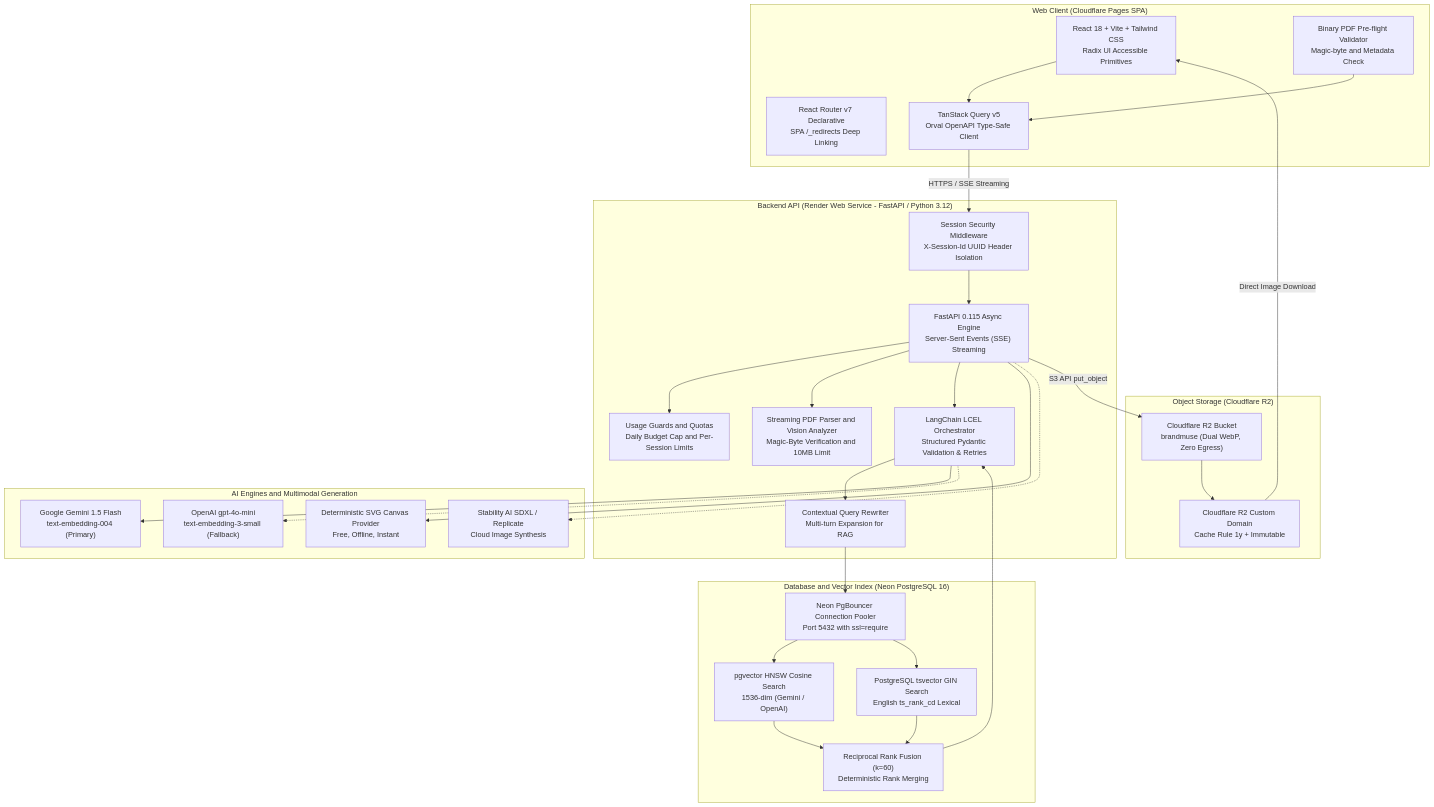
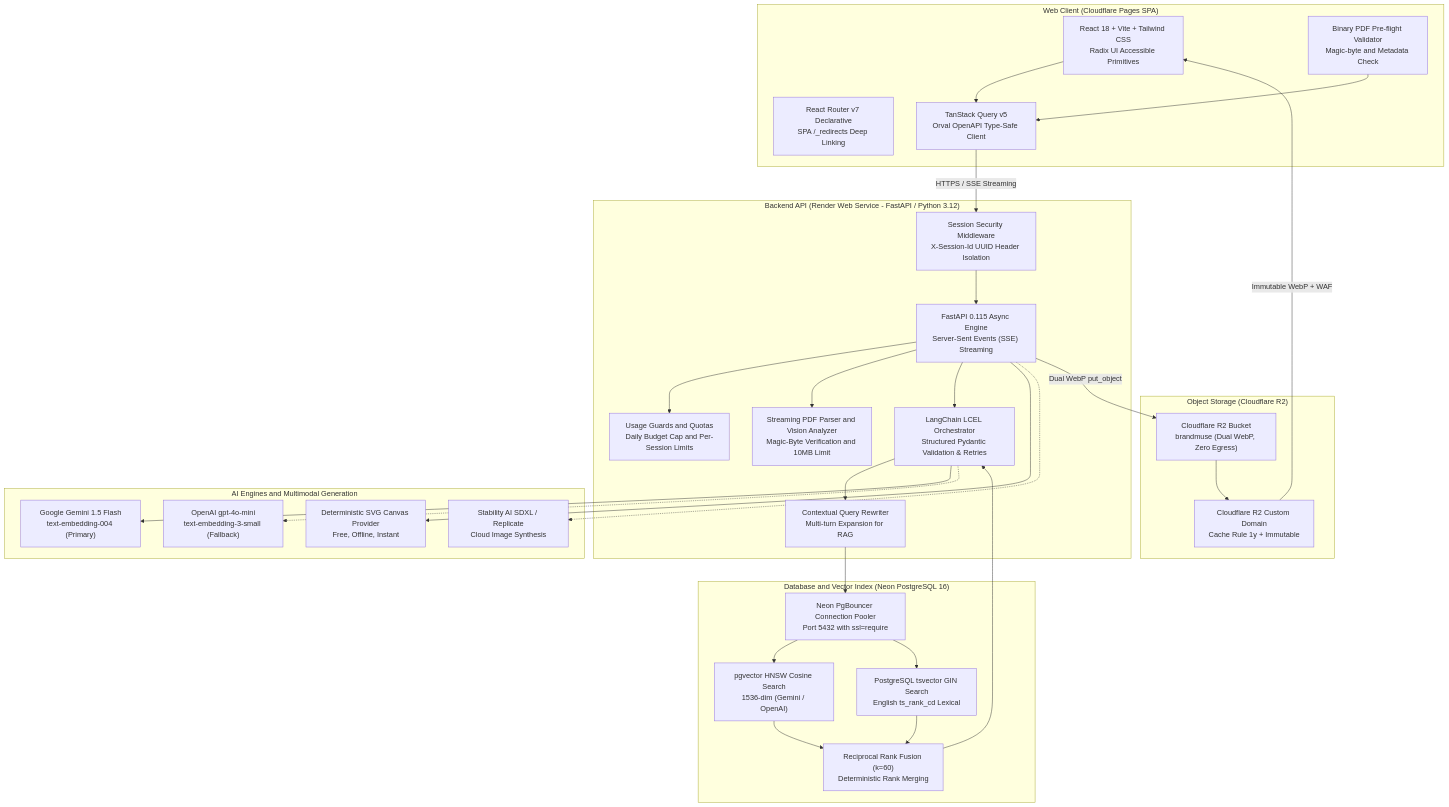
One commit to rflishrl/brandmuse changed the diagram in README.md. Above: the diagram before and after it, drawn with Mermaid. The commit also changed other lines of this file, not shown here.

Commit message:
docs(readme): update R2 dual-WebP pipeline, security guards, and ops links

````diff
--- a/README.md
+++ b/README.md
@@ -28,62 +28,62 @@
 ```mermaid
 flowchart TD
     subgraph Client["Web Client (Cloudflare Pages SPA)"]
         UI["React 18 + Vite + Tailwind CSS\nRadix UI Accessible Primitives"]
         Router["React Router v7 Declarative\nSPA /_redirects Deep Linking"]
         TQ["TanStack Query v5\nOrval OpenAPI Type-Safe Client"]
         Preflight["Binary PDF Pre-flight Validator\nMagic-byte and Metadata Check"]
     end
 
     subgraph API["Backend API (Render Web Service - FastAPI / Python 3.12)"]
         FastAPI["FastAPI 0.115 Async Engine\nServer-Sent Events (SSE) Streaming"]
         Security["Session Security Middleware\nX-Session-Id UUID Header Isolation"]
         RateLimit["Usage Guards and Quotas\nDaily Budget Cap and Per-Session Limits"]
         Ingestion["Streaming PDF Parser and Vision Analyzer\nMagic-Byte Verification and 10MB Limit"]
         LC["LangChain LCEL Orchestrator\nStructured Pydantic Validation & Retries"]
         QueryModule["Contextual Query Rewriter\nMulti-turn Expansion for RAG"]
     end
 
     subgraph Database["Database and Vector Index (Neon PostgreSQL 16)"]
         NeonPooler["Neon PgBouncer Connection Pooler\nPort 5432 with ssl=require"]
         VecSearch["pgvector HNSW Cosine Search\n1536-dim (Gemini / OpenAI)"]
         FTSearch["PostgreSQL tsvector GIN Search\nEnglish ts_rank_cd Lexical"]
         RRF["Reciprocal Rank Fusion (k=60)\nDeterministic Rank Merging"]
     end
 
     subgraph Storage["Object Storage (Cloudflare R2)"]
         R2Bucket["Cloudflare R2 Bucket\nbrandmuse (Dual WebP, Zero Egress)"]
         R2CDN["Cloudflare R2 Custom Domain\nCache Rule 1y + Immutable"]
     end
 
     subgraph AI["AI Engines and Multimodal Generation"]
         Gemini["Google Gemini 1.5 Flash\ntext-embedding-004 (Primary)"]
         OpenAI["OpenAI gpt-4o-mini\ntext-embedding-3-small (Fallback)"]
         MockImg["Deterministic SVG Canvas Provider\nFree, Offline, Instant"]
         CloudImg["Stability AI SDXL / Replicate\nCloud Image Synthesis"]
     end
 
     UI --> TQ
     Preflight --> TQ
     TQ -->|HTTPS / SSE Streaming| Security
     Security --> FastAPI
     FastAPI --> RateLimit
     FastAPI --> Ingestion
     FastAPI --> LC
 
     LC --> QueryModule
     QueryModule --> NeonPooler
     NeonPooler --> VecSearch
     NeonPooler --> FTSearch
     VecSearch --> RRF
     FTSearch --> RRF
     RRF --> LC
 
     LC --> Gemini
     LC -.-> OpenAI
 
     FastAPI --> MockImg
     FastAPI -.-> CloudImg
-    FastAPI -->|S3 API put_object| R2Bucket
+    FastAPI -->|Dual WebP put_object| R2Bucket
     R2Bucket --> R2CDN
-    R2CDN -->|Direct Image Download| UI
+    R2CDN -->|Immutable WebP + WAF| UI
 ```
````
